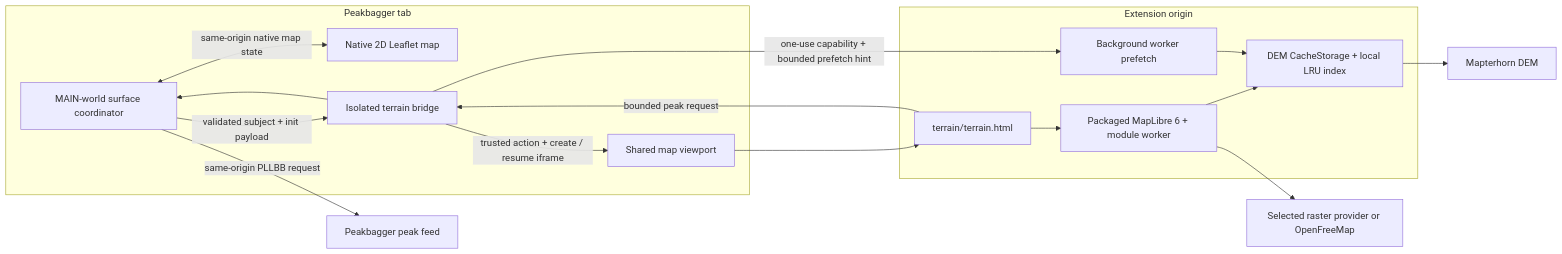
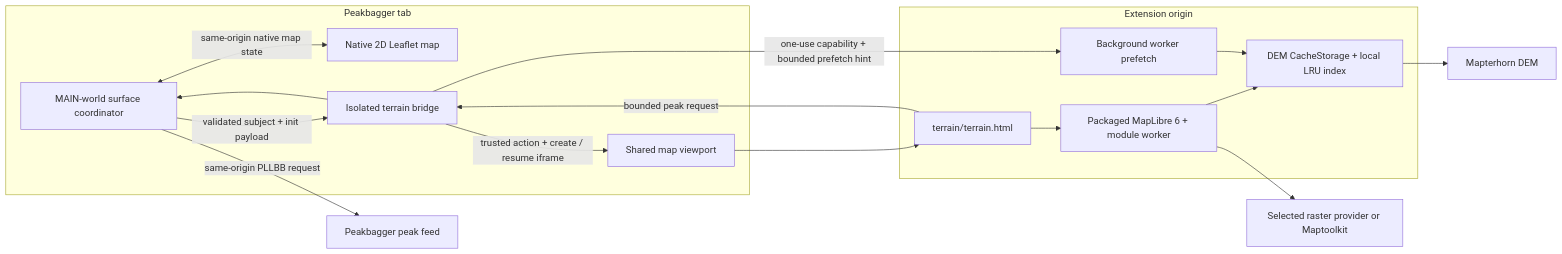
The first of 2 diagrams in docs/3d-map.md (wilmtang/better-peakbagger), drawn with Mermaid before and after one commit. The commit also changed other lines of this file and 40 other files, not shown here.

````diff
--- a/docs/3d-map.md
+++ b/docs/3d-map.md
@@ -98,30 +98,30 @@
 ```mermaid
 flowchart LR
     subgraph peakbagger["Peakbagger tab"]
         native["Native 2D Leaflet map"]
         page["MAIN-world surface coordinator"]
         bridge["Isolated terrain bridge"]
         mount["Shared map viewport"]
     end
 
     subgraph extension["Extension origin"]
         frame["terrain/terrain.html"]
         maplibre["Packaged MapLibre 6 + module worker"]
         cache["DEM CacheStorage + local LRU index"]
         worker["Background worker prefetch"]
     end
 
     page -->|"validated subject + init payload"| bridge
     bridge -->|"trusted action + create / resume iframe"| mount
     mount --> frame
     frame --> maplibre
     maplibre --> cache
     page <-->|"same-origin native map state"| native
     frame -->|"bounded peak request"| bridge
     bridge --> page
     page -->|"same-origin PLLBB request"| peakbaggerFeed["Peakbagger peak feed"]
     bridge -->|"one-use capability + bounded prefetch hint"| worker
     worker --> cache
     cache --> dem["Mapterhorn DEM"]
-    maplibre --> imagery["Selected raster provider or OpenFreeMap"]
+    maplibre --> imagery["Selected raster provider or Maptoolkit"]
 ```
````
